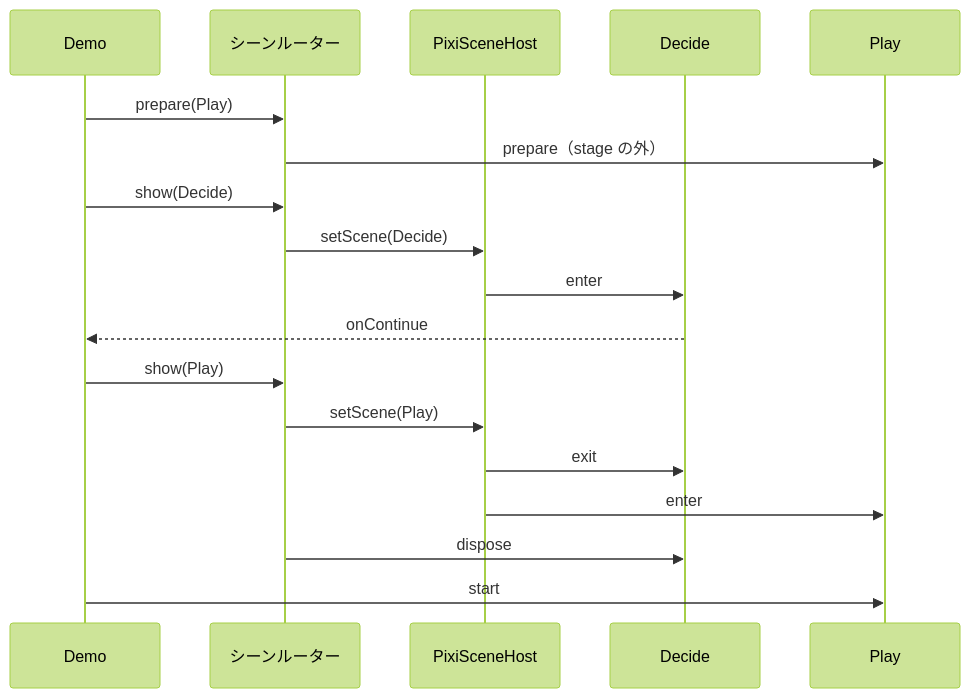
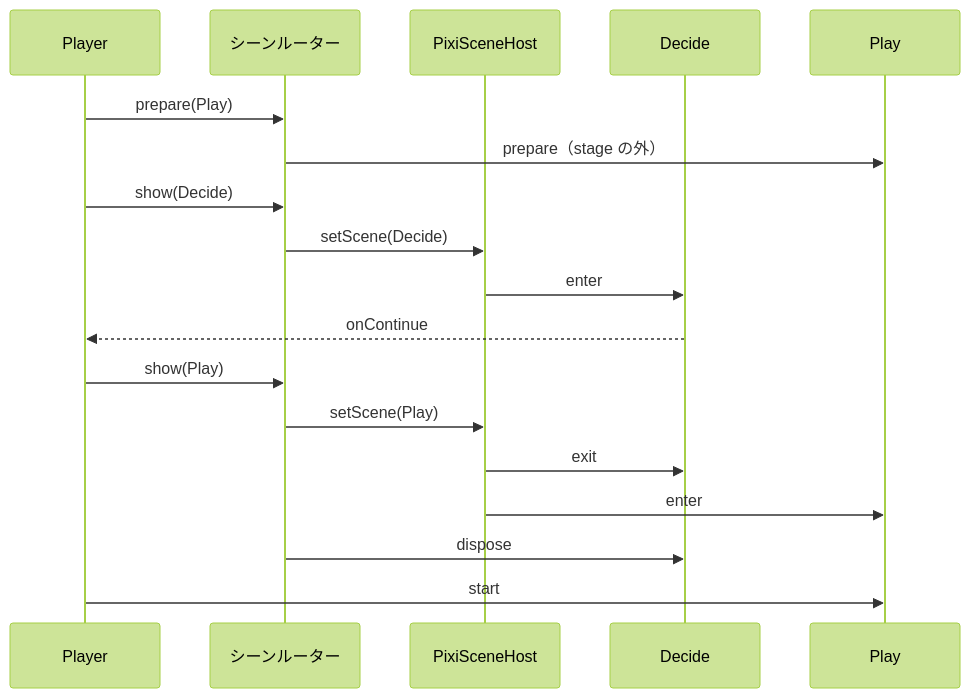
The fifth of 17 diagrams in docs/player-web.ja.md (nulltask/be-music), drawn with Mermaid (forest theme) before and after one commit. The commit also changed other lines of this file and 153 other files, not shown here.

Commit message:
refactor(app-play): use player terminology and migrate storage

````diff
--- a/docs/player-web.ja.md
+++ b/docs/player-web.ja.md
@@ -373,20 +373,20 @@
 ```mermaid
 sequenceDiagram
-  participant Demo
+  participant Player
   participant Router as シーンルーター
   participant Host as PixiSceneHost
   participant Decide
   participant Play
-  Demo->>Router: prepare(Play)
+  Player->>Router: prepare(Play)
   Router->>Play: prepare（stage の外）
-  Demo->>Router: show(Decide)
+  Player->>Router: show(Decide)
   Router->>Host: setScene(Decide)
   Host->>Decide: enter
-  Decide-->>Demo: onContinue
-  Demo->>Router: show(Play)
+  Decide-->>Player: onContinue
+  Player->>Router: show(Play)
   Router->>Host: setScene(Play)
   Host->>Decide: exit
   Host->>Play: enter
   Router->>Decide: dispose
-  Demo->>Play: start
+  Player->>Play: start
 ```
````
